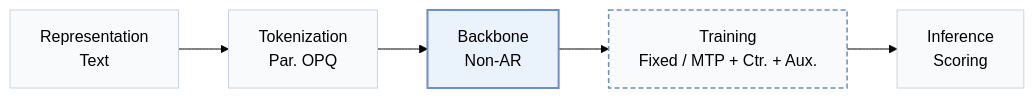
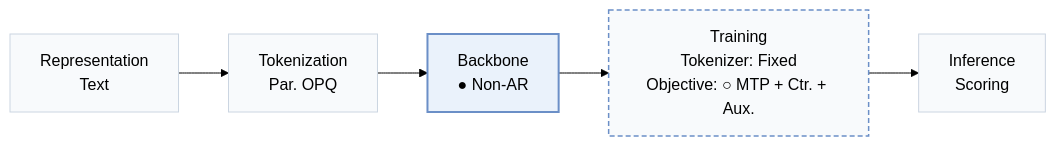
Before and after one commit to Galaxy-ghost/Awesome-SID-Generative-Rec: the first of 2 diagrams in pages/papers/acerec.md, drawn with Mermaid (forest theme). The commit also changed other lines of this file and 558 other files, not shown here.

````diff
--- a/pages/papers/acerec.md
+++ b/pages/papers/acerec.md
@@ -15,10 +18,10 @@
 ```mermaid
 flowchart LR
-    R["Representation<br/>Text"] --> T["Tokenization<br/>Par. OPQ"] --> B["Backbone<br/>Non-AR"] --> TR["Training<br/>Fixed / MTP + Ctr. + Aux."] --> I["Inference<br/>Scoring"]
+    R["Representation<br/>Text"] --> T["Tokenization<br/>Par. OPQ"] --> B["Backbone<br/>● Non-AR"] --> TR["Training<br/>Tokenizer: Fixed<br/>Objective: ○ MTP + Ctr. + Aux."] --> I["Inference<br/>Scoring"]
     classDef base fill:#f8fafc,stroke:#cbd5e1
     class R,T,B,TR,I base
-    classDef also fill:#f8fafc,stroke:#6b8fc7,stroke-width:1.5px,stroke-dasharray:5 3
-    class TR also
+    classDef other fill:#f8fafc,stroke:#6b8fc7,stroke-width:1.5px,stroke-dasharray:5 3
+    class TR other
     classDef main fill:#eaf2fb,stroke:#6b8fc7,stroke-width:2px
     class B main
 ```
````
